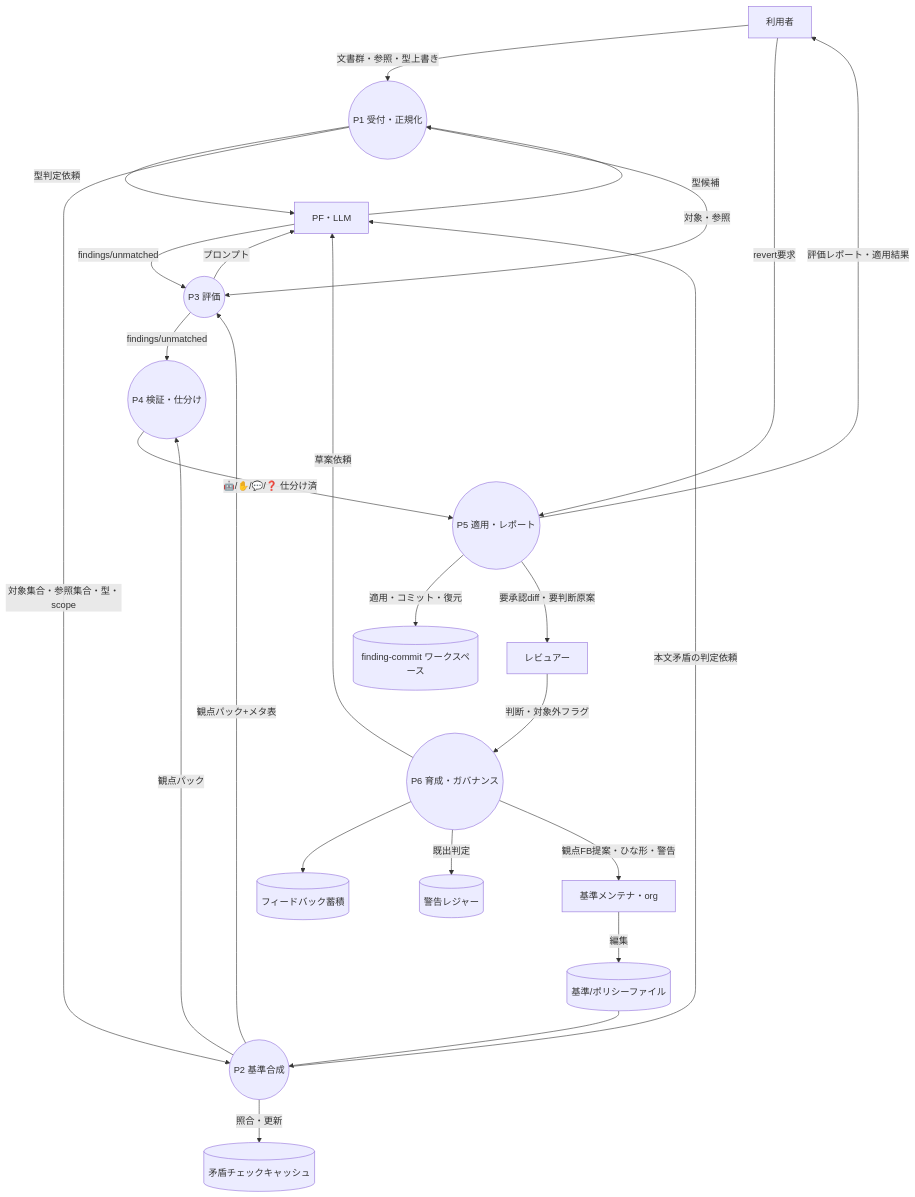
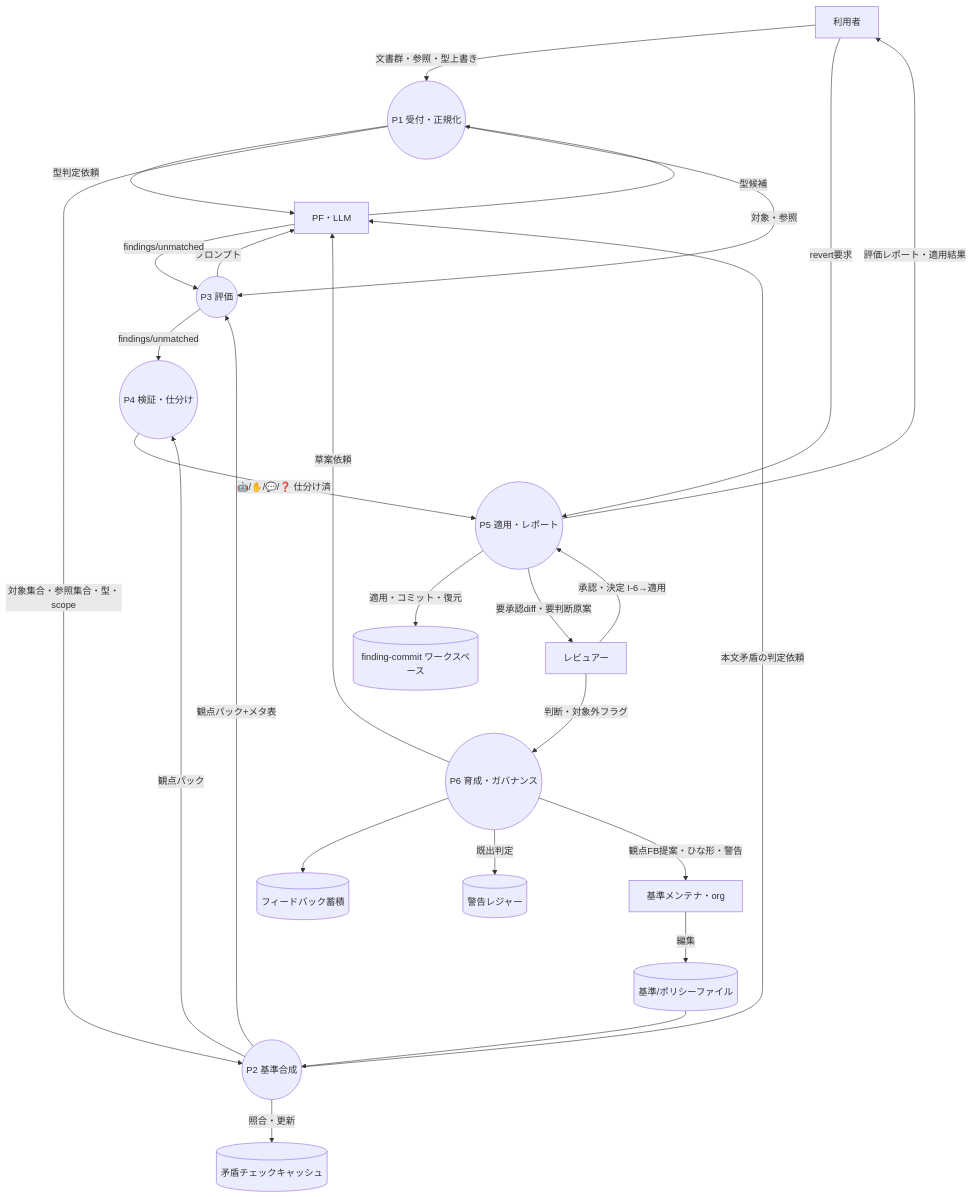
One commit to hiratashinnya/review-system changed the diagram in docs/process/01-dfd-level1.md. Above: the diagram before and after it, drawn with Mermaid. The commit also changed other lines of this file and 3 other files, not shown here.

````diff
--- a/docs/process/01-dfd-level1.md
+++ b/docs/process/01-dfd-level1.md
@@ -8,45 +8,46 @@
 ```mermaid
 flowchart TB
   User[利用者]
   Reviewer[レビュアー]
   Maintainer[基準メンテナ・org]
   PF[PF・LLM]
 
   DS1[(基準/ポリシーファイル)]
   DS2[(矛盾チェックキャッシュ)]
   DS3[(finding-commit ワークスペース)]
   DS4[(警告レジャー)]
   DS5[(フィードバック蓄積)]
 
   P1((P1 受付・正規化))
   P2((P2 基準合成))
   P3((P3 評価))
   P4((P4 検証・仕分け))
   P5((P5 適用・レポート))
   P6((P6 育成・ガバナンス))
 
   User -->|文書群・参照・型上書き| P1
   P1 -->|型判定依頼| PF
   PF -->|型候補| P1
   P1 -->|対象集合・参照集合・型・scope| P2
   P1 -->|対象・参照| P3
   DS1 --> P2
   P2 -->|照合・更新| DS2
   P2 -->|本文矛盾の判定依頼| PF
   P2 -->|観点パック+メタ表| P3
   P2 -->|観点パック| P4
   P3 -->|プロンプト| PF
   PF -->|findings/unmatched| P3
   P3 -->|findings/unmatched| P4
   P4 -->|🤖/✋/💬/❓ 仕分け済| P5
   User -->|revert要求| P5
   P5 -->|適用・コミット・復元| DS3
   P5 -->|評価レポート・適用結果| User
   P5 -->|要承認diff・要判断原案| Reviewer
+  Reviewer -->|承認・決定 I-6→適用| P5
   Reviewer -->|判断・対象外フラグ| P6
   P6 --> DS5
   P6 -->|既出判定| DS4
   P6 -->|草案依頼| PF
   P6 -->|観点FB提案・ひな形・警告| Maintainer
   Maintainer -->|編集| DS1
 ```
````
